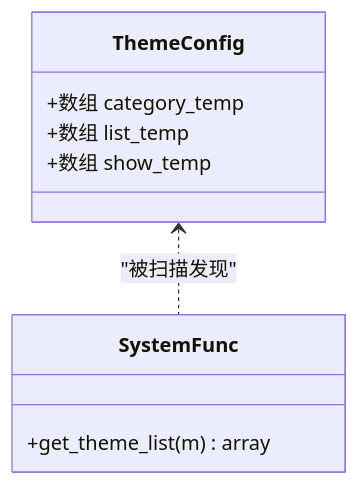
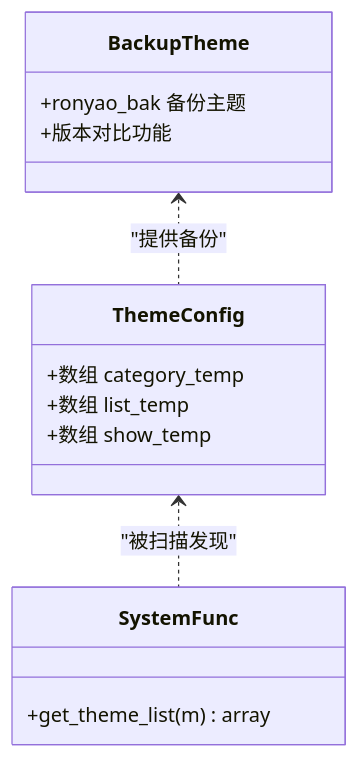
One commit to lirongyaoper/lryblog.com changed the fourth of 7 diagrams in .qoder/repowiki/zh/content/系统架构/模块化设计/前台展示模块/前台模板系统.md. Above: the diagram before and after it, drawn with Mermaid. The commit also changed other lines of this file and 13 other files, not shown here.

````diff
--- a/.qoder/repowiki/zh/content/系统架构/模块化设计/前台展示模块/前台模板系统.md
+++ b/.qoder/repowiki/zh/content/系统架构/模块化设计/前台展示模块/前台模板系统.md
@@ -164,12 +188,17 @@
 ```mermaid
 classDiagram
 class ThemeConfig {
 +数组 category_temp
 +数组 list_temp
 +数组 show_temp
 }
 class SystemFunc {
 +get_theme_list(m) array
 }
+class BackupTheme {
++ronyao_bak 备份主题
++版本对比功能
+}
 ThemeConfig <.. SystemFunc : "被扫描发现"
+BackupTheme <.. ThemeConfig : "提供备份"
 ```
````
